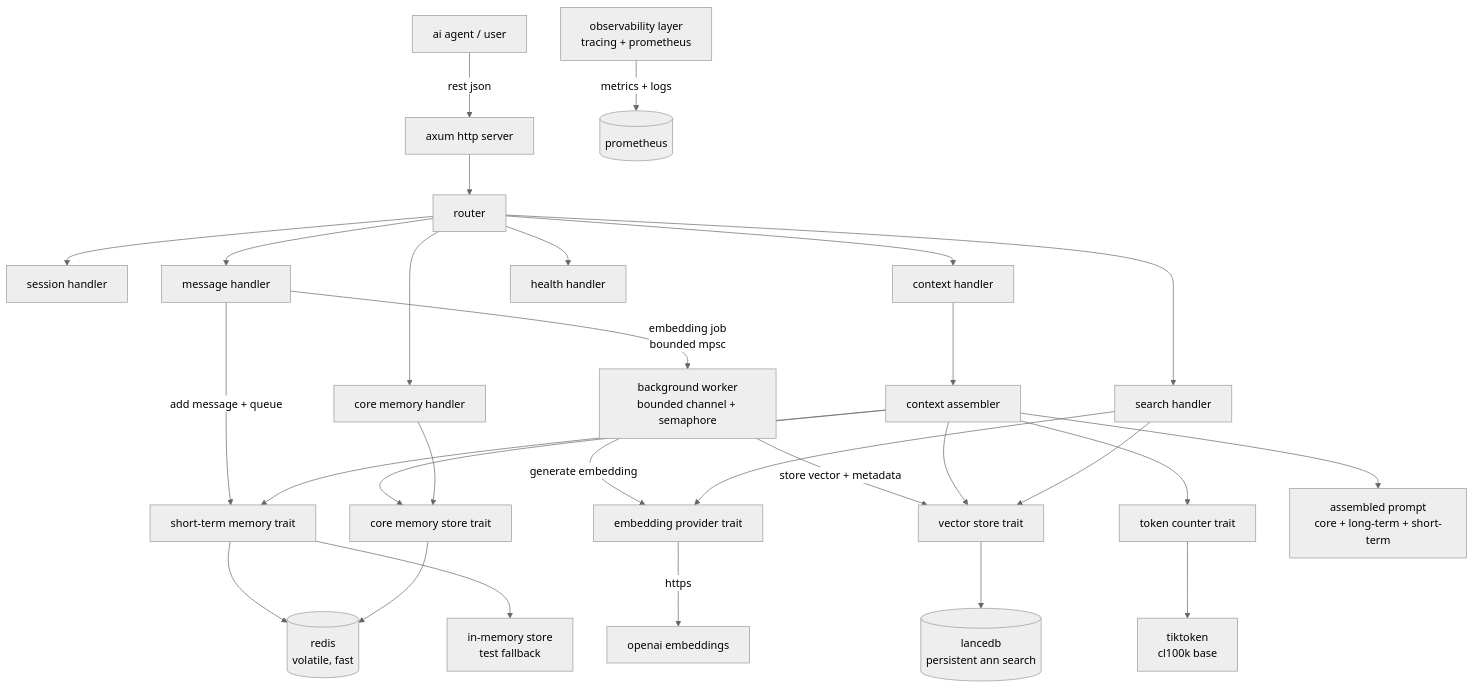
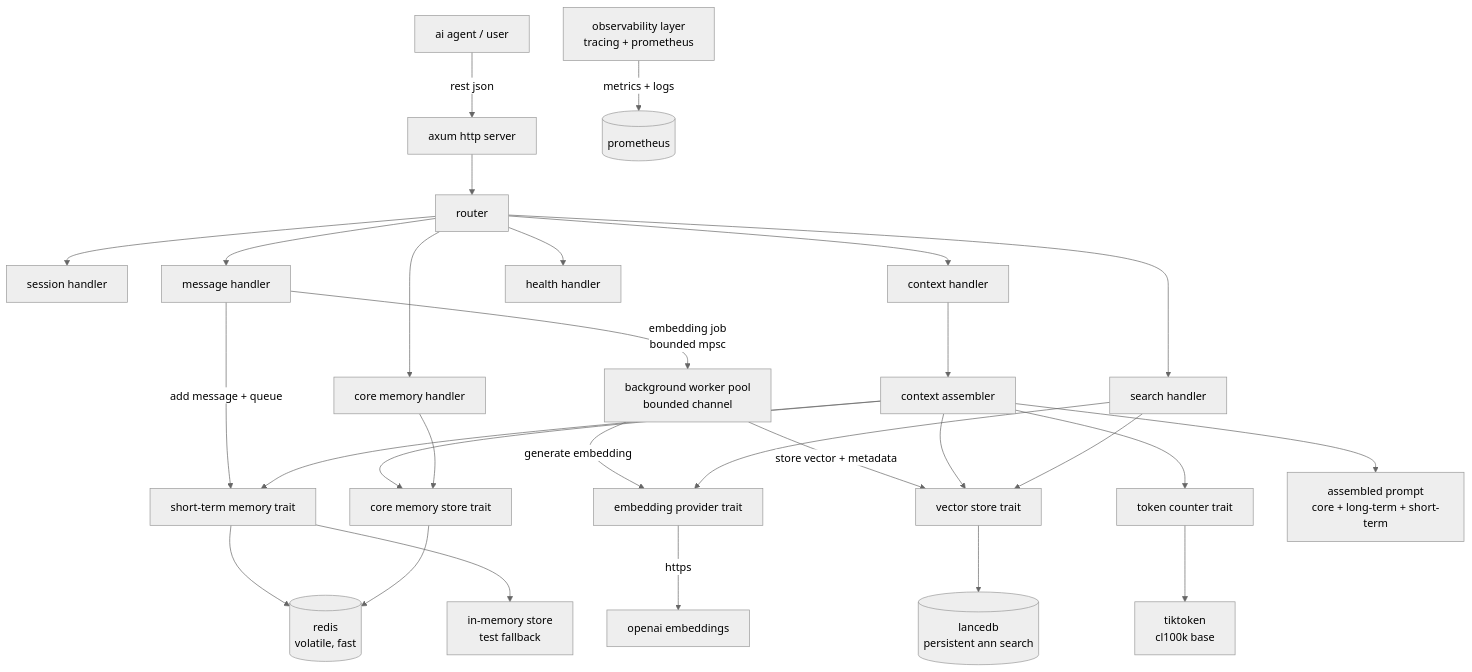
Before and after one commit to bit2swaz/engram: the diagram in README.md, drawn with Mermaid (neutral theme). The commit also changed other lines of this file and 19 other files, not shown here.

````diff
--- a/README.md
+++ b/README.md
@@ -18,31 +18,31 @@
 ```mermaid
 graph TD
     client["ai agent / user"] -->|rest json| axum["axum http server"]
     axum --> router["router"]
     router --> sessionhandler["session handler"]
     router --> memoryhandler["message handler"]
     memoryhandler -->|add message + queue| shortterm["short-term memory trait"]
     shortterm --> redis[("redis<br/>volatile, fast")]
     shortterm --> inmem["in-memory store<br/>test fallback"]
-    memoryhandler -->|embedding job<br/>bounded mpsc| embedqueue["background worker<br/>bounded channel + semaphore"]
+    memoryhandler -->|embedding job<br/>bounded mpsc| embedqueue["background worker pool<br/>bounded channel"]
     embedqueue -->|generate embedding| embedprovider["embedding provider trait"]
     embedprovider -->|https| openai["openai embeddings"]
     embedqueue -->|store vector + metadata| longterm["vector store trait"]
     longterm --> lancedb[("lancedb<br/>persistent ann search")]
     router --> contexthandler["context handler"]
     contexthandler --> assembler["context assembler"]
     assembler --> shortterm
     assembler --> longterm
     assembler --> coremem["core memory store trait"]
     coremem --> redis
     assembler --> tokencounter["token counter trait"]
     tokencounter --> tiktoken["tiktoken<br/>cl100k base"]
     router --> searchhandler["search handler"]
     searchhandler --> embedprovider
     searchhandler --> longterm
     router --> corememhandler["core memory handler"]
     corememhandler --> coremem
     router --> healthhandler["health handler"]
     observability["observability layer<br/>tracing + prometheus"] -->|metrics + logs| prometheus[("prometheus")]
     assembler --> finalcontext["assembled prompt<br/>core + long-term + short-term"]
 ```
````
